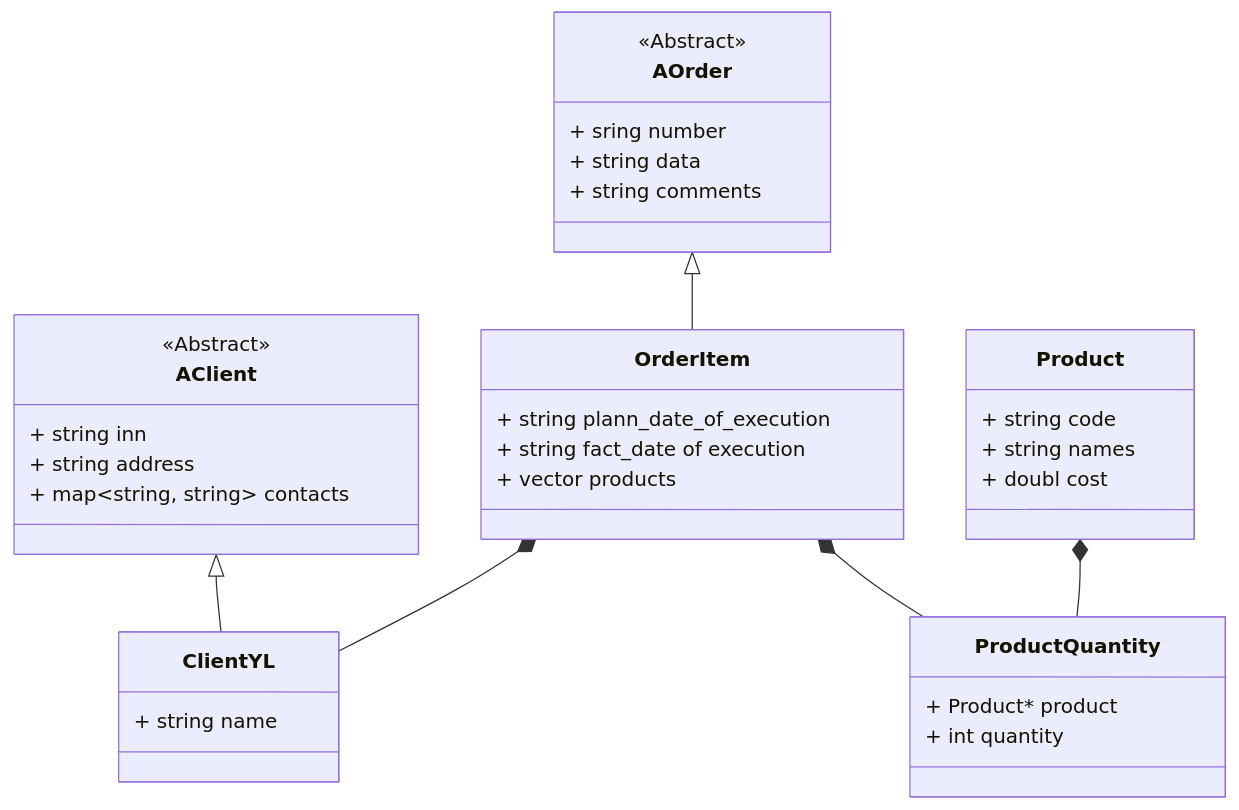
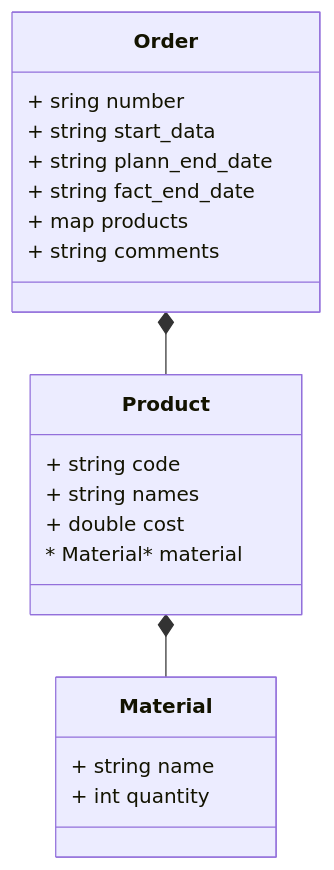
Before and after one commit to it-top-shambala/Planner: the third of 5 diagrams in class_diagram.md, drawn with Mermaid. The commit also changed other lines of this file, not shown here.

Commit message:
Исправил

````diff
--- a/class_diagram.md
+++ b/class_diagram.md
@@ -5,45 +36,25 @@
 ```mermaid
 classDiagram
-    class AClient {
-        <<Abstract>>
-
-        + string inn
-        + string address
-        + map~string, string~ contacts
+    Order *-- Product
+    class Order {
+        + sring number
+        + string start_data
+        + string plann_end_date
+        + string fact_end_date
+        + map<Product*, int> products
+        + string comments
     }
 
-    AClient <|-- ClientYL
-    class ClientYL {
-        + string name
-    }
-
-    class AOrder {
-        <<Abstract>>
-
-       + sring number
-       + string data
-       + string comments
-    }
-    AOrder <|-- OrderItem
-    OrderItem *-- ProductQuantity
-    OrderItem *-- ClientYL
-    class OrderItem {
-       + string plann_date_of_execution
-       + string fact_date of execution
-       + vector<ProductQuantity> products
-
-    }
-
-    Product *-- ProductQuantity
     class Product {
        + string code
        + string names
-       + doubl cost
- } 
+       + double cost
+       * Material* material
+    } 
 
-    class ProductQuantity {
-    + Product* product
-    + int quantity
-}
-
+    Product *-- Material
+    class Material {
+        + string name
+        + int quantity
+    }
 ```
````
